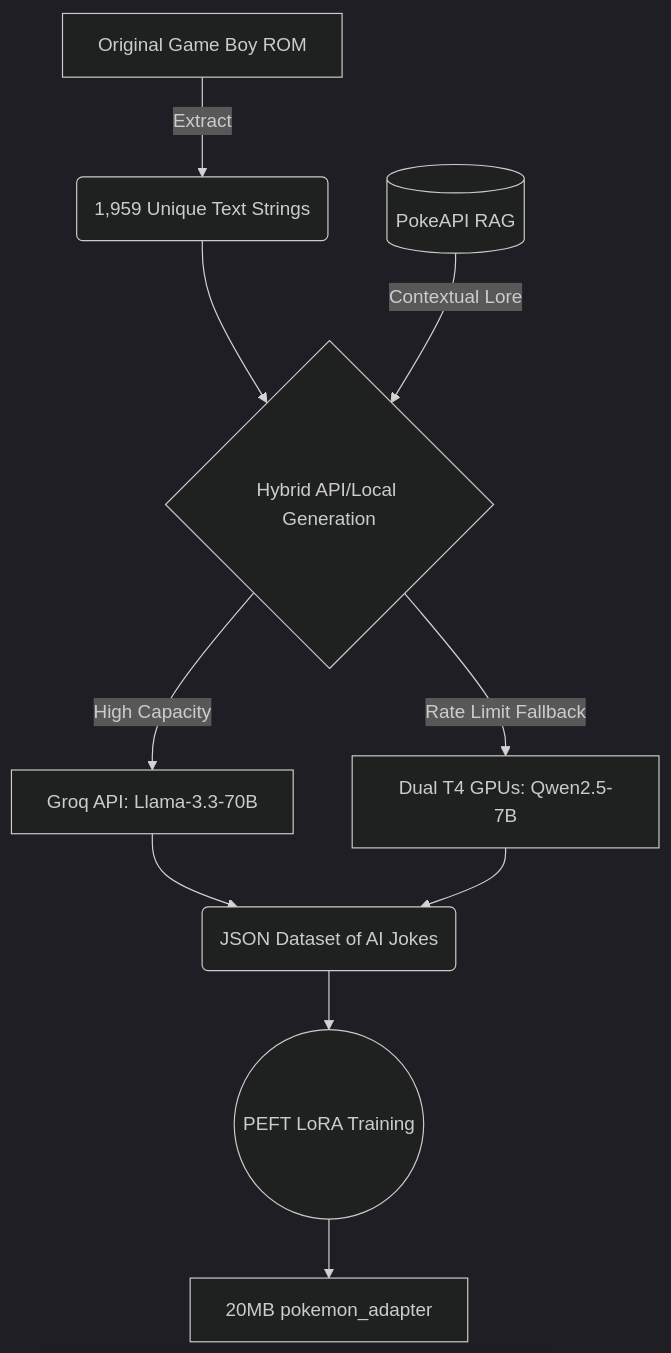
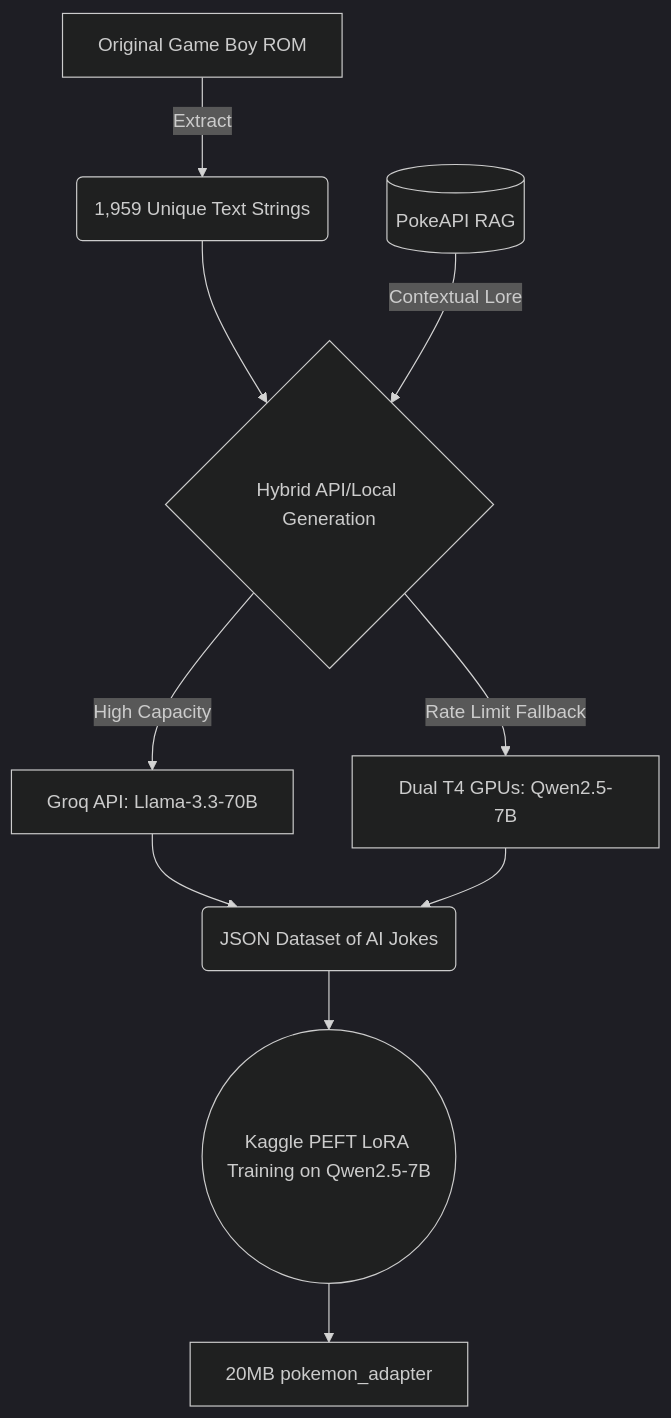
One commit to Khushalzz/Pok-AI-mon-Red changed the second of 2 diagrams in README.md. Above: the diagram before and after it, drawn with Mermaid (dark theme). The commit also changed other lines of this file, not shown here.

Commit message:
Update README text and fix SmolLM2 to Qwen2.5-7B references

````diff
--- a/README.md
+++ b/README.md
@@ -63,12 +65,12 @@
 ```mermaid
 graph TD
     A[Original Game Boy ROM] -->|Extract| B(1,959 Unique Text Strings)
     B --> C{Hybrid API/Local Generation}
     C -->|High Capacity| D[Groq API: Llama-3.3-70B]
     C -->|Rate Limit Fallback| E[Dual T4 GPUs: Qwen2.5-7B]
     F[(PokeAPI RAG)] -->|Contextual Lore| C
     D --> G(JSON Dataset of AI Jokes)
     E --> G
-    G --> H((PEFT LoRA Training))
+    G --> H((Kaggle PEFT LoRA Training on Qwen2.5-7B))
     H --> I[20MB pokemon_adapter]
 ```
````
